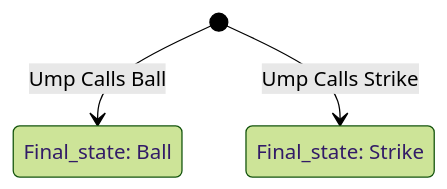
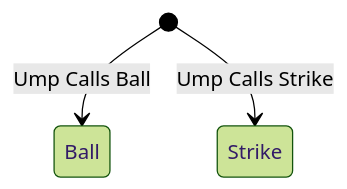
The first of 2 diagrams in Posts/Complexity-Matters-Baseballs-New-Strike-Zone.md (bsstahl/CognitiveInheritance), drawn with Mermaid (forest theme) before and after one commit. The commit also changed other lines of this file and 1 other file, not shown here.

````diff
--- a/Posts/Complexity-Matters-Baseballs-New-Strike-Zone.md
+++ b/Posts/Complexity-Matters-Baseballs-New-Strike-Zone.md
@@ -57,8 +59,8 @@
 ```mermaid
 stateDiagram-v2
+    state "Ball" as Ball
+    state "Strike" as Strike
+
     [*] --> Ball: Ump Calls Ball
     [*] --> Strike: Ump Calls Strike
-
-    Ball : Final_state: Ball
-    Strike : Final_state: Strike
 ```
````
